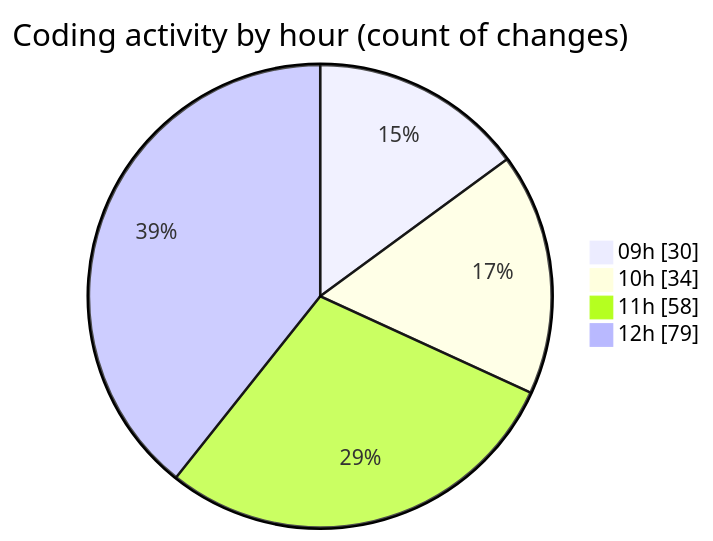
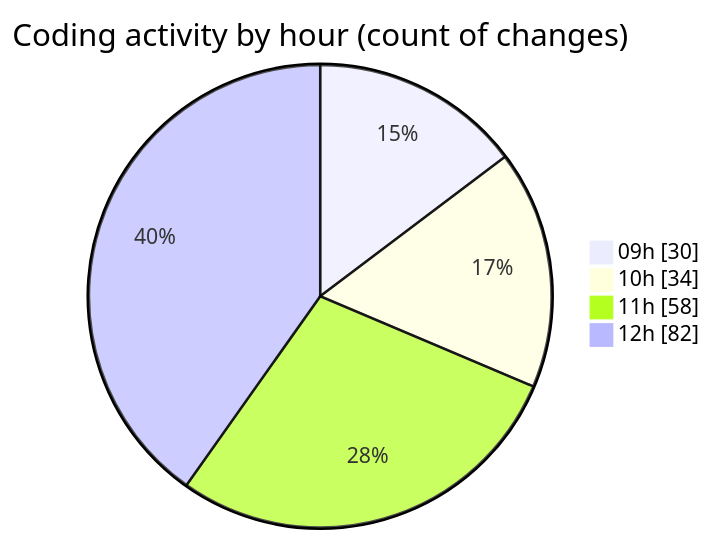
The second of 2 diagrams in 2025-04-02/cda/README.md (momahboobian/code-tracking), drawn with Mermaid before and after one commit. The commit also changed other lines of this file and 1 other file, not shown here.

````diff
--- a/2025-04-02/cda/README.md
+++ b/2025-04-02/cda/README.md
@@ -36,8 +36,8 @@
 ```mermaid
 pie showData
 title Coding activity by hour (count of changes)
 "09h" : 30
 "10h" : 34
 "11h" : 58
-"12h" : 79
+"12h" : 82
 ```
````
